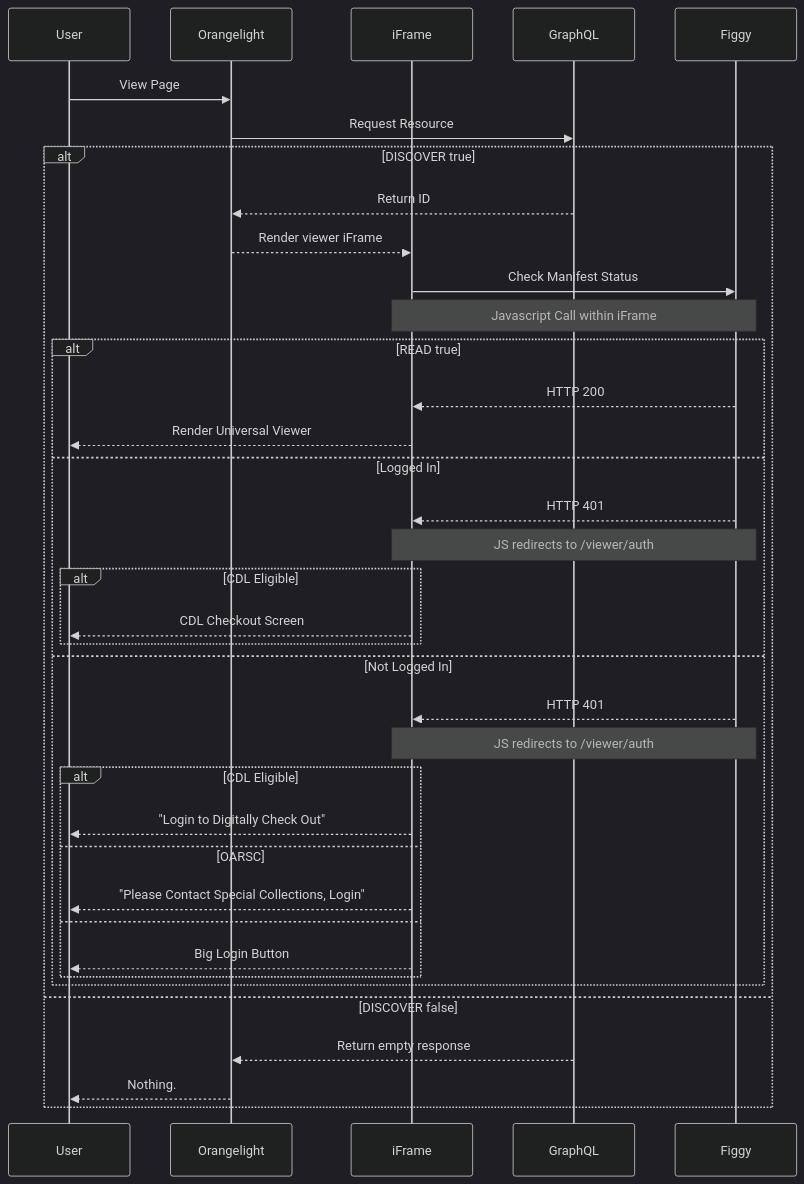
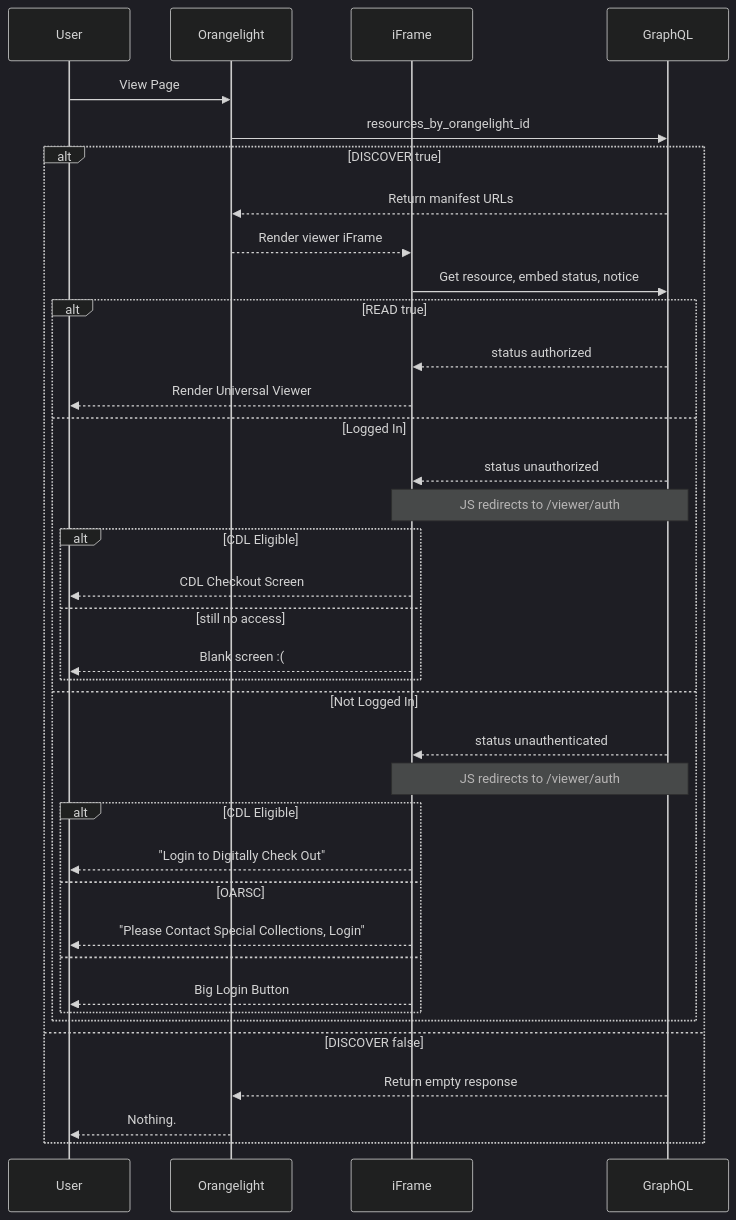
Before and after one commit to pulibrary/figgy: the first of 2 diagrams in docs/technical/viewer-flow.md, drawn with Mermaid (dark theme). The commit also changed other lines of this file, not shown here.

Commit message:
Update viewer flow for refactored UV Manager.

````diff
--- a/docs/technical/viewer-flow.md
+++ b/docs/technical/viewer-flow.md
@@ -7,41 +12,40 @@
 ```mermaid
 sequenceDiagram
   participant User
   participant Orangelight
   participant iFrame
   participant GraphQL
-  participant Figgy
   User->>Orangelight: View Page
-  Orangelight->>GraphQL: Request Resource
+  Orangelight->>GraphQL: resources_by_orangelight_id
   alt DISCOVER true
-    GraphQL-->>Orangelight: Return ID
+    GraphQL-->>Orangelight: Return manifest URLs
     Orangelight-->>iFrame: Render viewer iFrame
-    iFrame->>Figgy: Check Manifest Status
-    Note over iFrame,Figgy: Javascript Call within iFrame
+    iFrame->>GraphQL: Get resource, embed status, notice
     alt READ true
-      Figgy-->>iFrame: HTTP 200
+      GraphQL-->>iFrame: status authorized
       iFrame-->>User: Render Universal Viewer
     else Logged In
-      Figgy-->>iFrame: HTTP 401
-      Note over iFrame,Figgy: JS redirects to /viewer/auth
+      GraphQL-->>iFrame: status unauthorized
+      Note over iFrame,GraphQL: JS redirects to /viewer/auth
       alt CDL Eligible
         iFrame-->>User: CDL Checkout Screen
+      else still no access
+        iFrame-->>User: Blank screen :(
       end
     else Not Logged In
-      Figgy-->>iFrame: HTTP 401
-      Note over iFrame,Figgy: JS redirects to /viewer/auth
-      %% We could put click-throughs here...?
+      GraphQL-->>iFrame: status unauthenticated
+      Note over iFrame,GraphQL: JS redirects to /viewer/auth
       alt CDL Eligible
         iFrame-->>User: "Login to Digitally Check Out"
       else OARSC
         iFrame-->>User: "Please Contact Special Collections, Login"
       else
         iFrame-->>User: Big Login Button
       end
     end
   else DISCOVER false
     GraphQL-->>Orangelight: Return empty response
     Orangelight-->>User: Nothing.
   end
 
 ```
````
